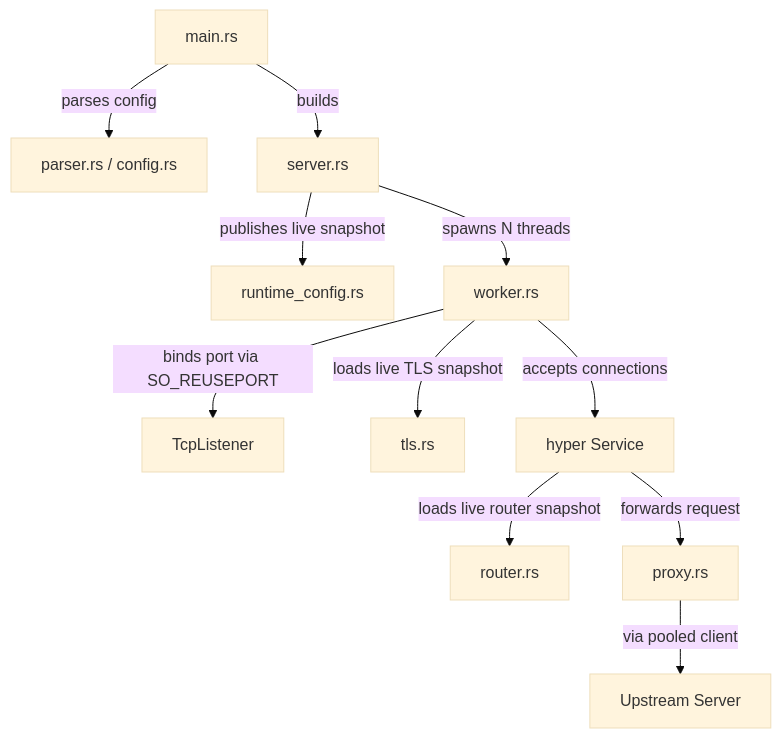
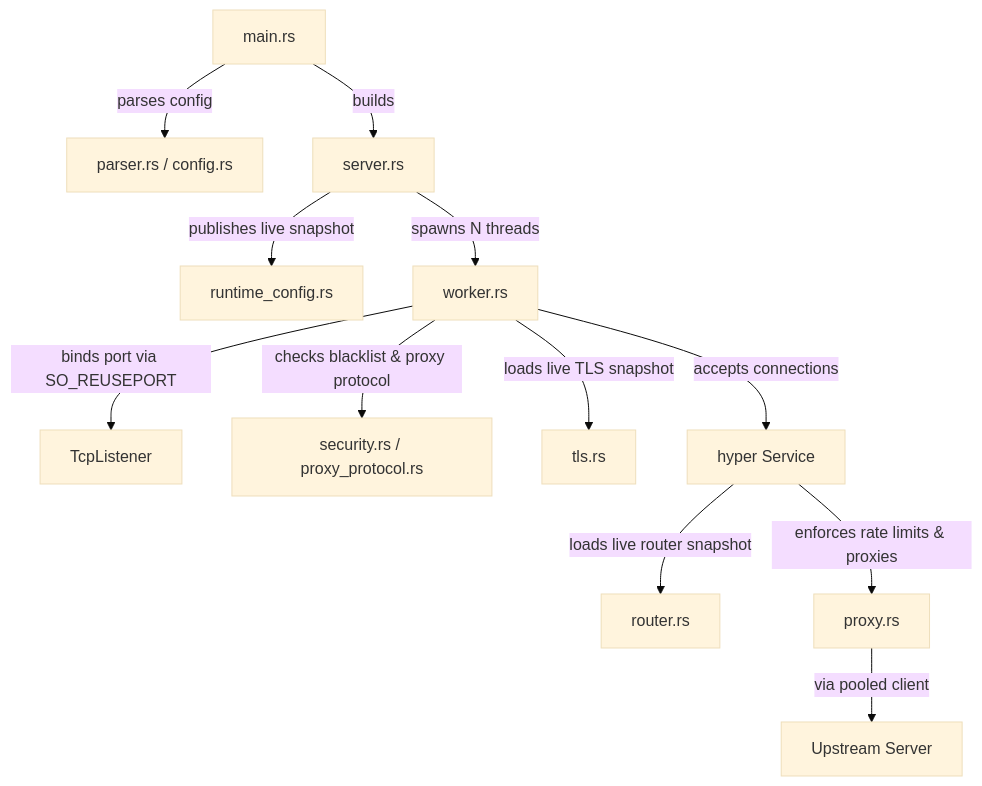
One commit to HughStanway/Barebones-Reverse-Proxy changed the diagram in README.md. Above: the diagram before and after it, drawn with Mermaid (base theme). The commit also changed other lines of this file and 14 other files, not shown here.

Commit message:
feat(security): implement TLS blacklist, zero-CPU socket drop, and rate limiting

````diff
--- a/README.md
+++ b/README.md
@@ -51,13 +56,14 @@
 ```mermaid
 graph TD
     A[main.rs] -->|parses config| B[parser.rs / config.rs]
     A -->|builds| C[server.rs]
     C -->|publishes live snapshot| RUNTIME[runtime_config.rs]
     C -->|spawns N threads| W[worker.rs]
     W -->|binds port via SO_REUSEPORT| L[TcpListener]
+    W -->|checks blacklist & proxy protocol| SEC[security.rs / proxy_protocol.rs]
     W -->|loads live TLS snapshot| D[tls.rs]
     W -->|accepts connections| E[hyper Service]
     E -->|loads live router snapshot| F[router.rs]
-    E -->|forwards request| G[proxy.rs]
+    E -->|enforces rate limits & proxies| G[proxy.rs]
     G -->|via pooled client| H[Upstream Server]
 ```
````
